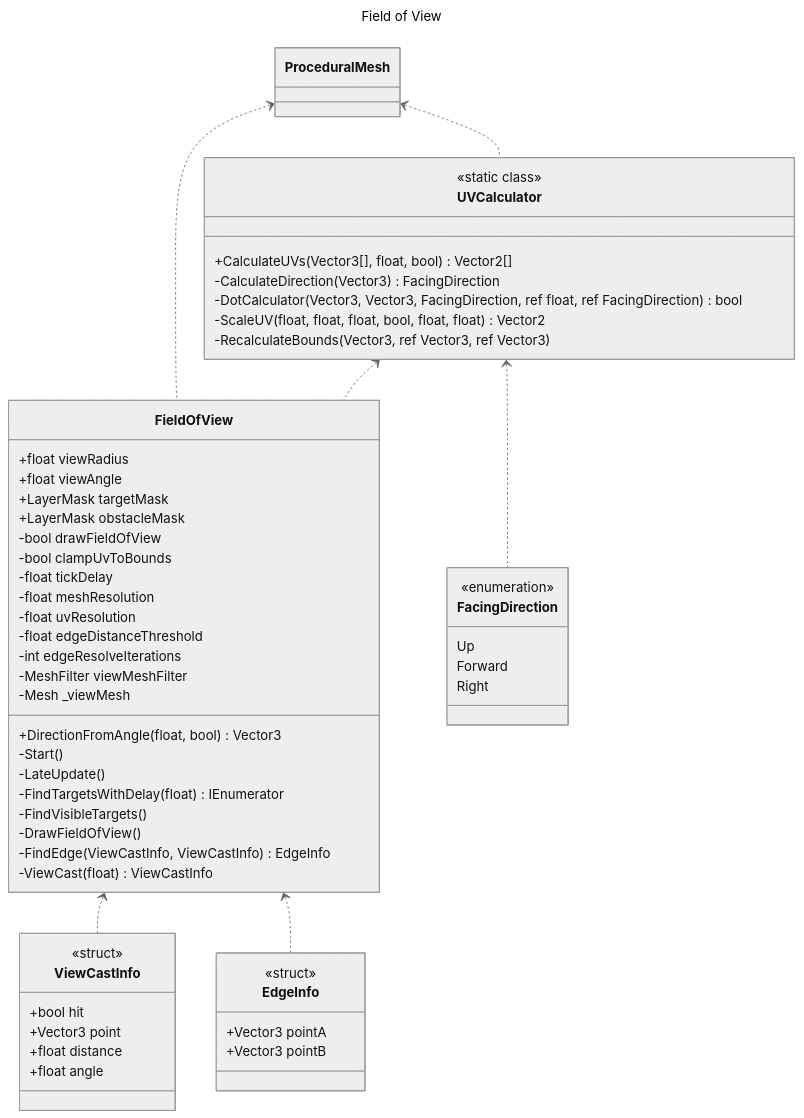
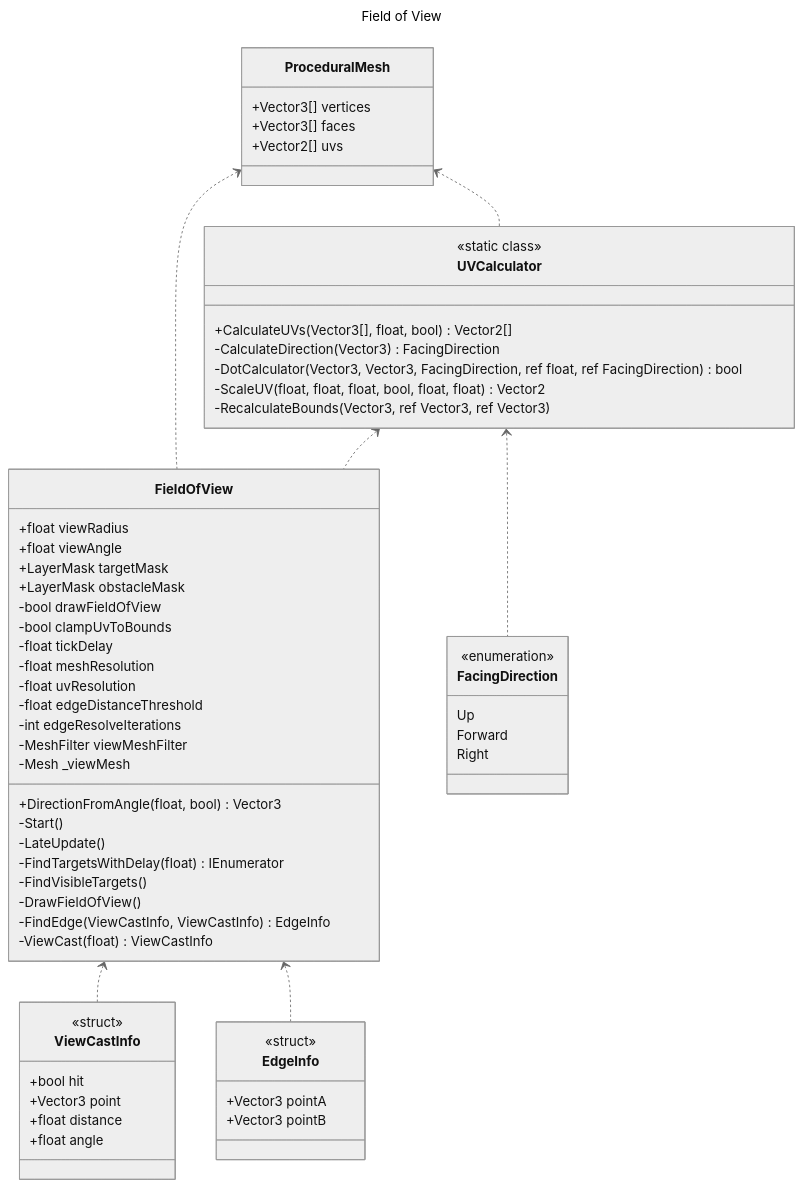
Before and after one commit to Calvin-Davidson/Examen: the first of 3 diagrams in README.md, drawn with Mermaid (neutral theme).

Commit message:
Added variables to procedural mesh

````diff
--- a/README.md
+++ b/README.md
@@ -49,66 +49,68 @@
 ```mermaid
 ---
 title: Field of View
 ---
 classDiagram
     FieldOfView <.. ViewCastInfo
     FieldOfView <.. EdgeInfo
     UVCalculator <.. FacingDirection
     ProceduralMesh <.. FieldOfView
     UVCalculator <.. FieldOfView
     ProceduralMesh <.. UVCalculator
     class ViewCastInfo{
         <<struct>>
         +bool hit
 		    +Vector3 point
 		    +float distance
 		    +float angle
     }
     class EdgeInfo{
         <<struct>>
         +Vector3 pointA
 		    +Vector3 pointB
     }
     class FacingDirection{
         <<enumeration>>
         Up
         Forward
         Right
     }
     class FieldOfView{
         +float viewRadius
         +float viewAngle
         +LayerMask targetMask
         +LayerMask obstacleMask
 
         -bool drawFieldOfView
         -bool clampUvToBounds
         -float tickDelay
         -float meshResolution
         -float uvResolution
         -float edgeDistanceThreshold
         -int edgeResolveIterations
         -MeshFilter viewMeshFilter
         -Mesh _viewMesh
 
         +DirectionFromAngle(float, bool) Vector3
         -Start()
         -LateUpdate()
         -FindTargetsWithDelay(float) IEnumerator
         -FindVisibleTargets()
         -DrawFieldOfView()
         -FindEdge(ViewCastInfo, ViewCastInfo) EdgeInfo
         -ViewCast(float) ViewCastInfo
     }
     class UVCalculator{
         <<static class>>
         +CalculateUVs(Vector3[], float, bool) Vector2[]
         -CalculateDirection(Vector3) FacingDirection
         -DotCalculator(Vector3, Vector3, FacingDirection, ref float, ref FacingDirection) bool
         -ScaleUV(float, float, float, bool, float, float) Vector2
         -RecalculateBounds(Vector3, ref Vector3, ref Vector3)
     }
     class ProceduralMesh {
-
+      +Vector3[] vertices
+      +Vector3[] faces
+      +Vector2[] uvs
     }
 ```
````
